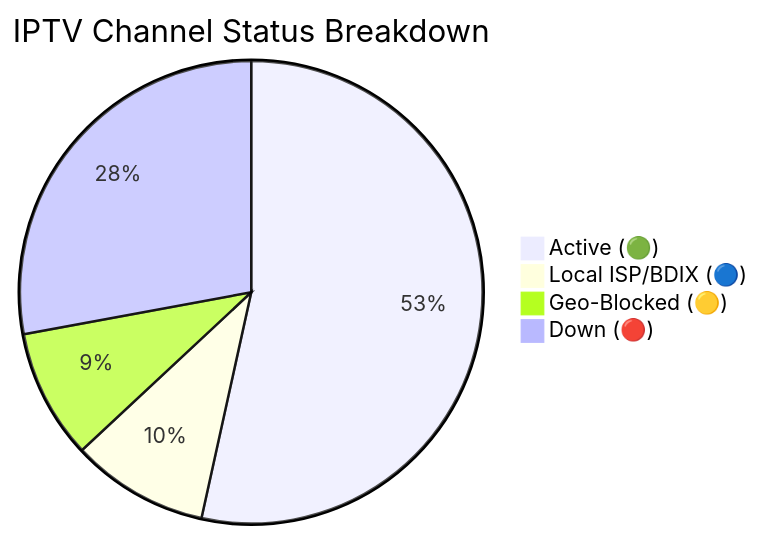
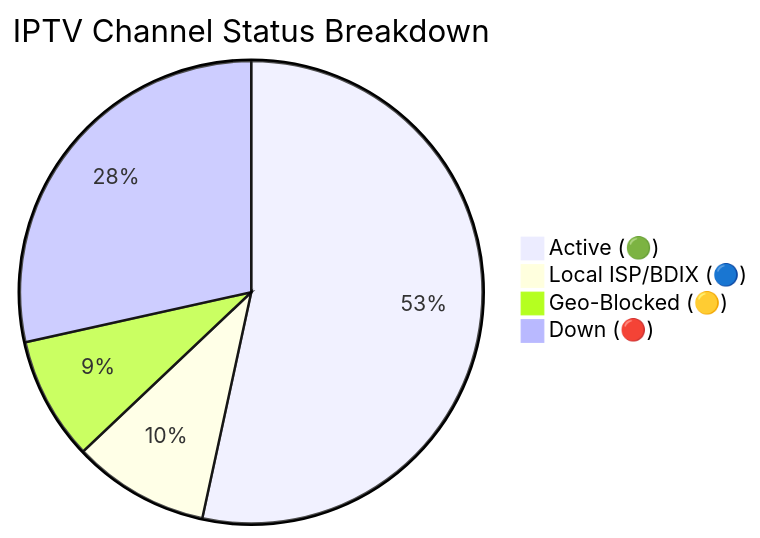
One commit to f6388600-ai/Web changed the diagram in README.md. Above: the diagram before and after it, drawn with Mermaid. The commit also changed other lines of this file and 6 other files, not shown here.

````diff
--- a/README.md
+++ b/README.md
@@ -149,7 +149,7 @@
 ```mermaid
 pie title IPTV Channel Status Breakdown
-    "Active (🟢)" : 9223
-    "Local ISP/BDIX (🔵)" : 1656
-    "Geo-Blocked (🟡)" : 1561
-    "Down (🔴)" : 4815
+    "Active (🟢)" : 9208
+    "Local ISP/BDIX (🔵)" : 1645
+    "Geo-Blocked (🟡)" : 1483
+    "Down (🔴)" : 4909
 ```
````
